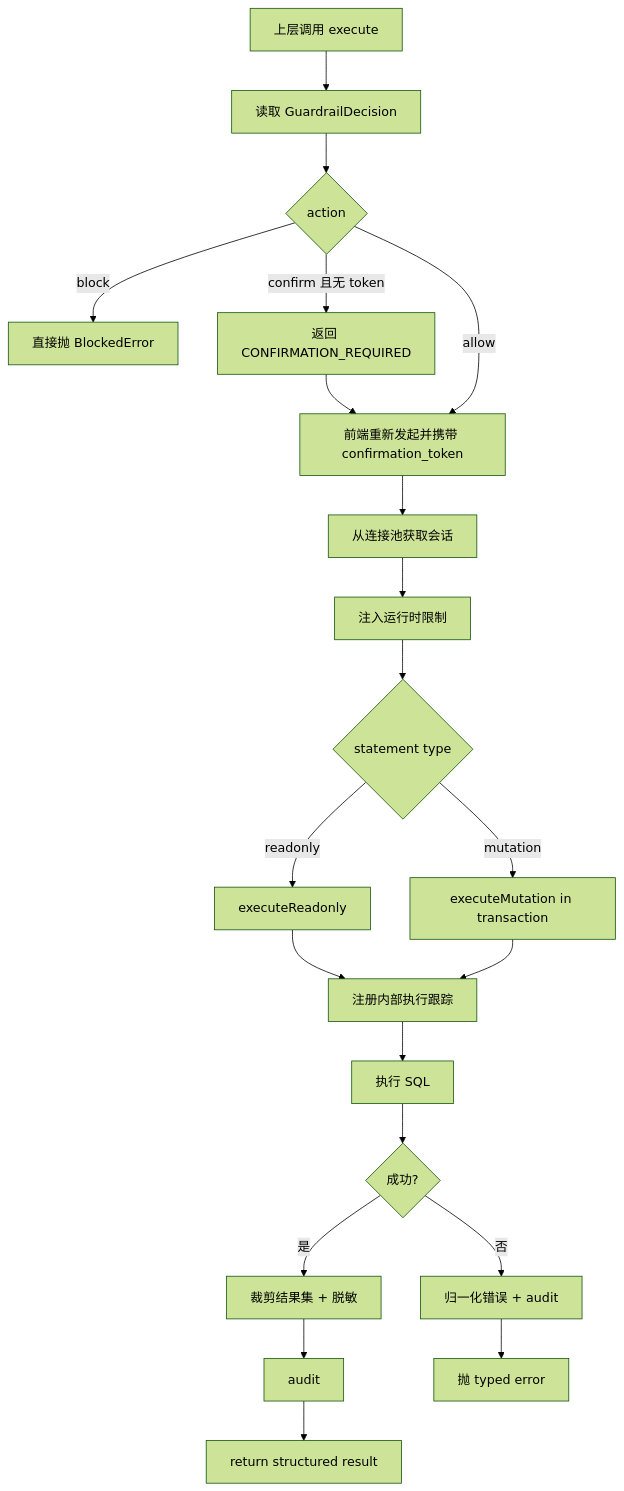
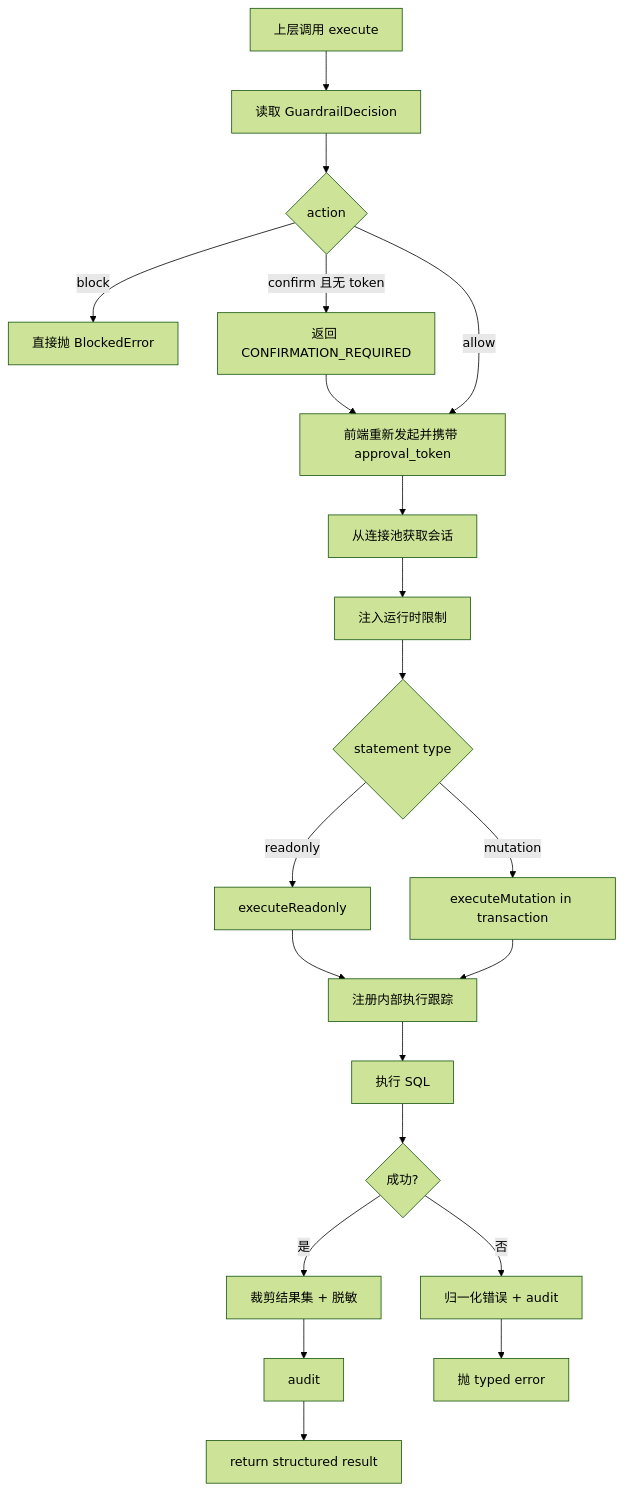
Before and after one commit to youweichen0208/taurus-mcp-server: the fourth of 5 diagrams in docs/architecture.md, drawn with Mermaid (forest theme). The commit also changed other lines of this file and 107 other files, not shown here.

````diff
--- a/docs/architecture.md
+++ b/docs/architecture.md
@@ -654,23 +657,23 @@
 ```mermaid
 flowchart TB
   A[上层调用 execute] --> B[读取 GuardrailDecision]
   B --> C{action}
   C -->|block| D[直接抛 BlockedError]
   C -->|confirm 且无 token| E[返回 CONFIRMATION_REQUIRED]
-  E --> G[前端重新发起并携带 confirmation_token]
+  E --> G[前端重新发起并携带 approval_token]
   C -->|allow| G
   G --> H[从连接池获取会话]
   H --> I[注入运行时限制]
   I --> J{statement type}
   J -->|readonly| K[executeReadonly]
   J -->|mutation| L[executeMutation in transaction]
   K --> M[注册内部执行跟踪]
   L --> M
   M --> N[执行 SQL]
   N --> O{成功?}
   O -->|否| P[归一化错误 + audit]
   O -->|是| Q[裁剪结果集 + 脱敏]
   Q --> R[audit]
   P --> S[抛 typed error]
   R --> T[return structured result]
 ```
````
